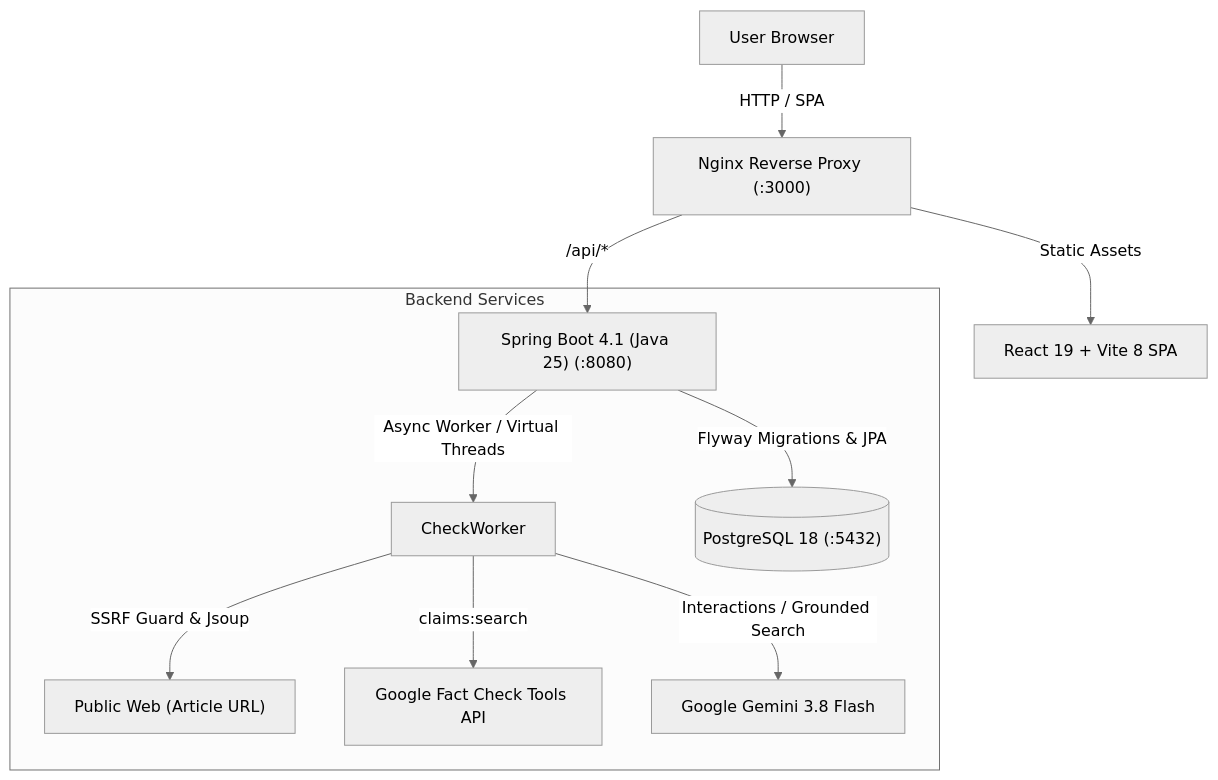
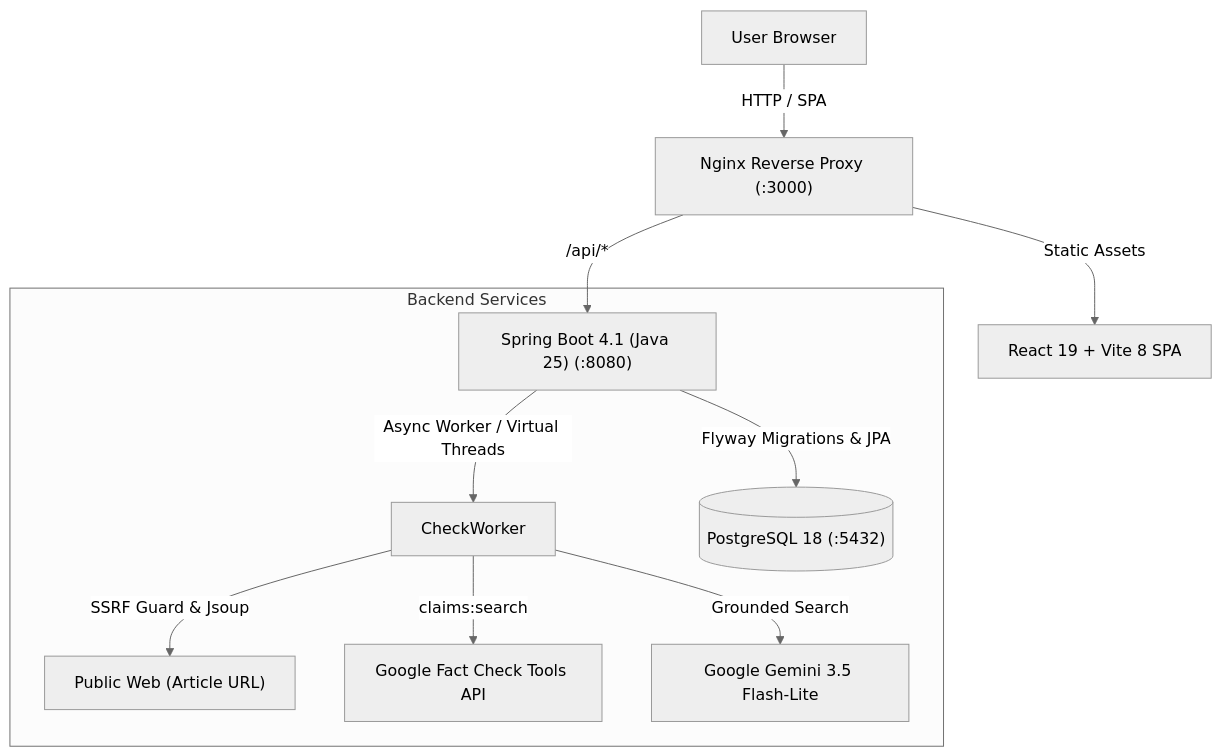
One commit to kingsmark16/VeryFact changed the diagram in README.md. Above: the diagram before and after it, drawn with Mermaid (neutral theme). The commit also changed other lines of this file and 57 other files, not shown here.

````diff
--- a/README.md
+++ b/README.md
@@ -27,14 +27,14 @@
 ```mermaid
 flowchart TD
     User["User Browser"] --> |HTTP / SPA| Nginx["Nginx Reverse Proxy (:3000)"]
     Nginx --> |Static Assets| ReactApp["React 19 + Vite 8 SPA"]
     Nginx --> |/api/*| SpringBoot["Spring Boot 4.1 (Java 25) (:8080)"]
 
     subgraph Backend Services
         SpringBoot --> |Async Worker / Virtual Threads| CheckWorker["CheckWorker"]
         CheckWorker --> |SSRF Guard & Jsoup| WebFetch["Public Web (Article URL)"]
         CheckWorker --> |claims:search| FactCheckAPI["Google Fact Check Tools API"]
-        CheckWorker --> |Interactions / Grounded Search| GeminiAPI["Google Gemini 3.8 Flash"]
+        CheckWorker --> |Grounded Search| GeminiAPI["Google Gemini 3.5 Flash-Lite"]
         SpringBoot --> |Flyway Migrations & JPA| Postgres[("PostgreSQL 18 (:5432)")]
     end
 ```
````
